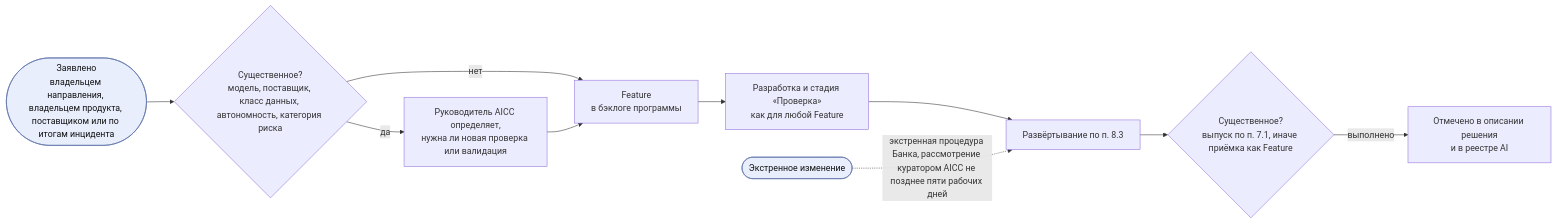
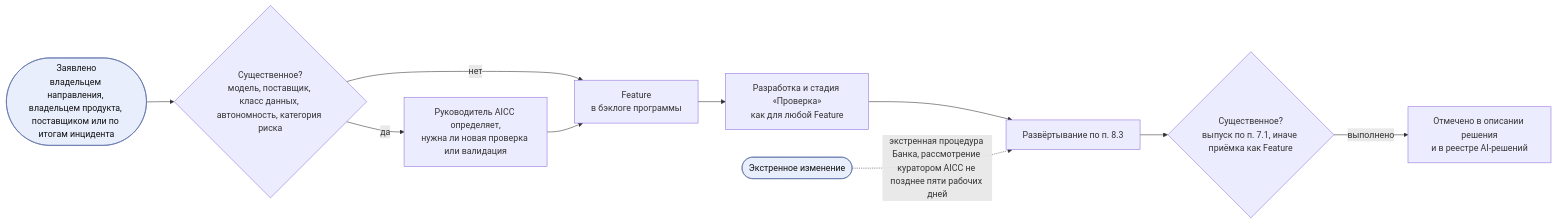
One commit to devhogu/ob-aicc changed diagram 13 of 13 in charter/ru/documents/solution-lifecycle-model.md. Above: the diagram before and after it, drawn with Mermaid. The commit also changed other lines of this file and 370 other files, not shown here.

````diff
--- a/charter/ru/documents/solution-lifecycle-model.md
+++ b/charter/ru/documents/solution-lifecycle-model.md
@@ -476,13 +476,13 @@
 ```mermaid
 flowchart LR
   RS(["Заявлено<br/>владельцем направления, владельцем продукта, поставщиком или по итогам инцидента"]):::iface --> CLS{"Существенное?<br/>модель, поставщик, класс данных, автономность, категория риска"}
   CLS -->|нет| FT["Feature<br/>в бэклоге программы"]
   CLS -->|да| DC["Руководитель AICC определяет,<br/>нужна ли новая проверка или валидация"]
   DC --> FT
   FT --> BV["Разработка и стадия «Проверка»<br/>как для любой Feature"]
   BV --> DPL["Развёртывание по п. 8.3"]
   DPL --> RLS{"Существенное?<br/>выпуск по п. 7.1, иначе приёмка как Feature"}
-  RLS -->|выполнено| NT["Отмечено в описании решения<br/>и в реестре AI"]
+  RLS -->|выполнено| NT["Отмечено в описании решения<br/>и в реестре AI-решений"]
   EM(["Экстренное изменение"]):::iface -.экстренная процедура Банка, рассмотрение куратором AICC не позднее пяти рабочих дней.-> DPL
   classDef iface fill:#e8eefc,stroke:#5a6fa8,color:#111
 ```
````
